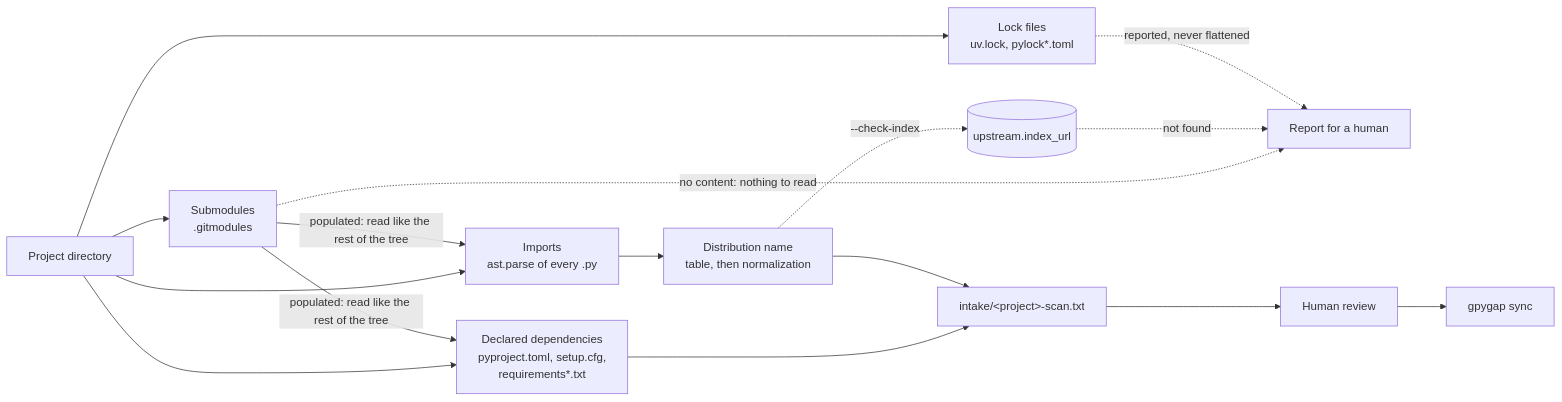
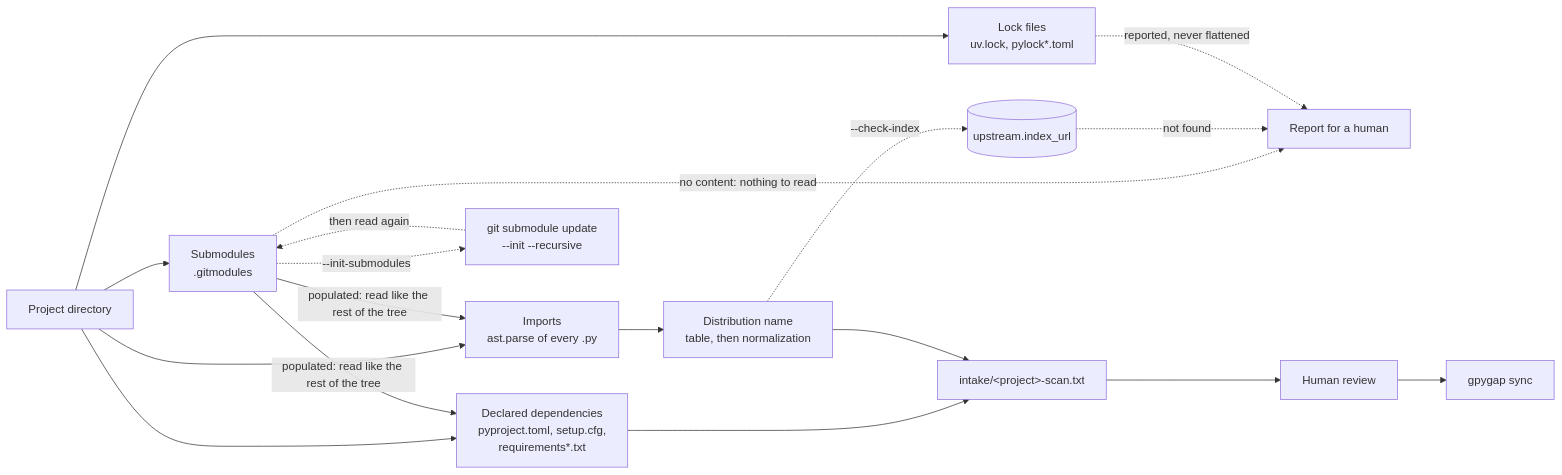
The diagram in docs/scan.md (FPGArtktic/gpygap), drawn with Mermaid before and after one commit. The commit also changed other lines of this file and 7 other files, not shown here.

````diff
--- a/docs/scan.md
+++ b/docs/scan.md
@@ -26,19 +26,21 @@
 ```mermaid
 flowchart LR
     tree[Project directory]
     tree --> subs[Submodules<br/>.gitmodules]
     tree --> declared[Declared dependencies<br/>pyproject.toml, setup.cfg,<br/>requirements*.txt]
     tree --> imports[Imports<br/>ast.parse of every .py]
     tree --> locks[Lock files<br/>uv.lock, pylock*.toml]
     subs -->|populated: read like the rest of the tree| declared
     subs -->|populated: read like the rest of the tree| imports
     subs -.->|no content: nothing to read| report
+    subs -.->|--init-submodules| fill[git submodule update<br/>--init --recursive]
+    fill -.->|then read again| subs
     declared --> file[intake/&lt;project&gt;-scan.txt]
     imports --> map[Distribution name<br/>table, then normalization]
     map --> file
     map -.->|--check-index| index[(upstream.index_url)]
     index -.->|not found| report[Report for a human]
     locks -.->|reported, never flattened| report
     file --> review[Human review]
     review --> sync[gpygap sync]
 ```
````
